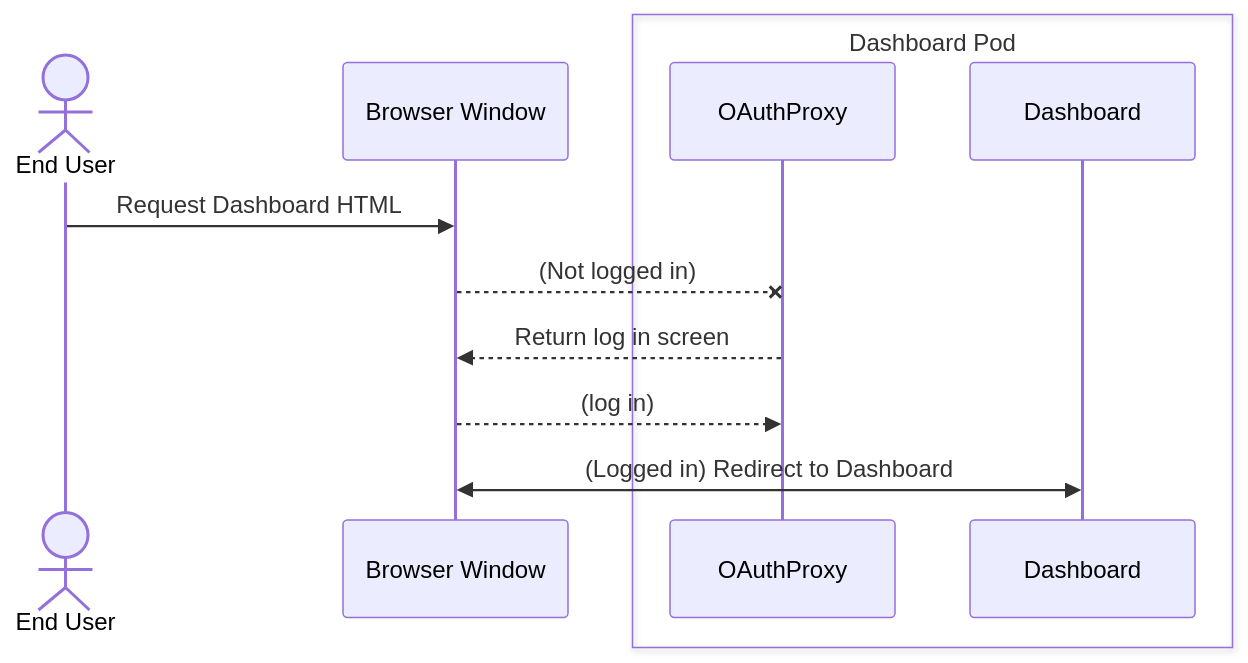
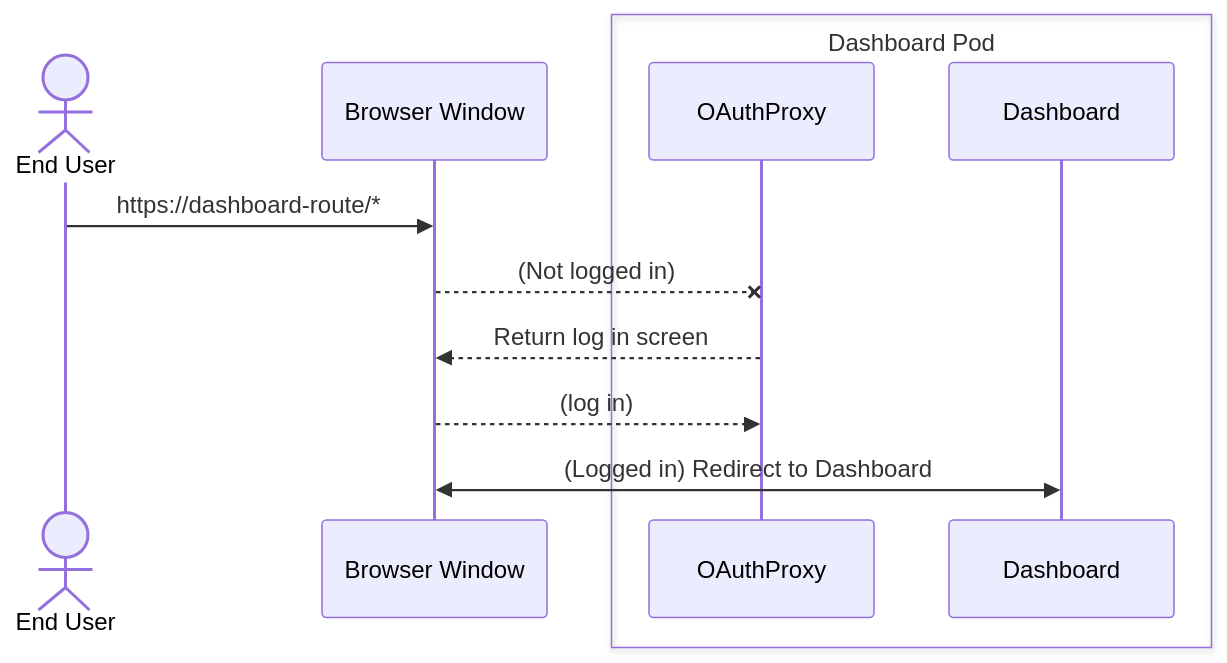
One commit to andrewballantyne/architecture-decision-records changed the diagram in documentation/components/dashboard/README.md. Above: the diagram before and after it, drawn with Mermaid.

````diff
--- a/documentation/components/dashboard/README.md
+++ b/documentation/components/dashboard/README.md
@@ -23,15 +23,15 @@
 ```mermaid
 sequenceDiagram
     actor EndUser as End User
     participant Browser as Browser Window
     box Dashboard Pod
     participant OAuthProxy
     participant Dashboard
     end
 
-    EndUser->>Browser: Request Dashboard HTML
+    EndUser->>Browser: https://dashboard-route/*
     Browser--xOAuthProxy: (Not logged in)
     OAuthProxy-->>Browser: Return log in screen
     Browser-->>OAuthProxy: (log in)
     Browser<<->>Dashboard: (Logged in) Redirect to Dashboard
 ```
````
